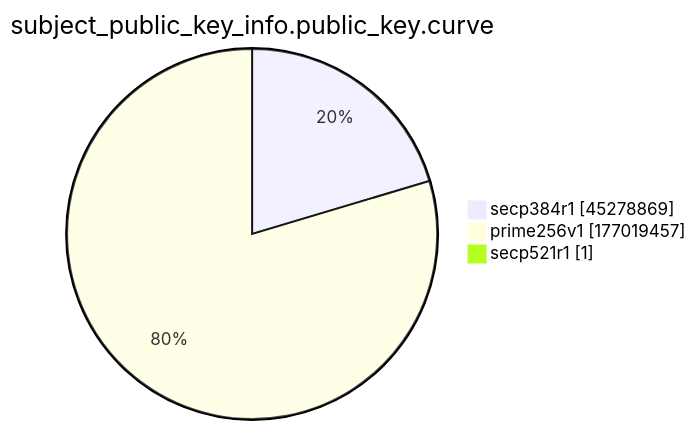
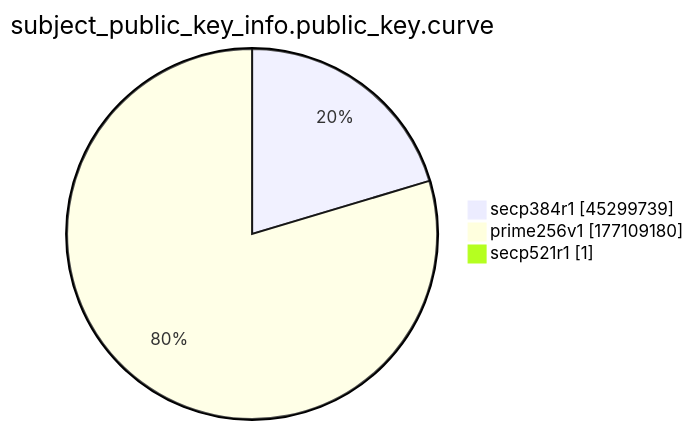
One commit to christiankrug/ctmonitor_visualization changed the ninth of 15 diagrams in xenon2022/README.md. Above: the diagram before and after it, drawn with Mermaid. The commit also changed other lines of this file, not shown here.

````diff
--- a/xenon2022/README.md
+++ b/xenon2022/README.md
@@ -2873,7 +2873,7 @@
 ```mermaid
 pie showData
 title subject_public_key_info.public_key.curve
-"secp384r1" :45278869
-"prime256v1" :177019457
+"secp384r1" :45299739
+"prime256v1" :177109180
 "secp521r1" :1
 ```
````
